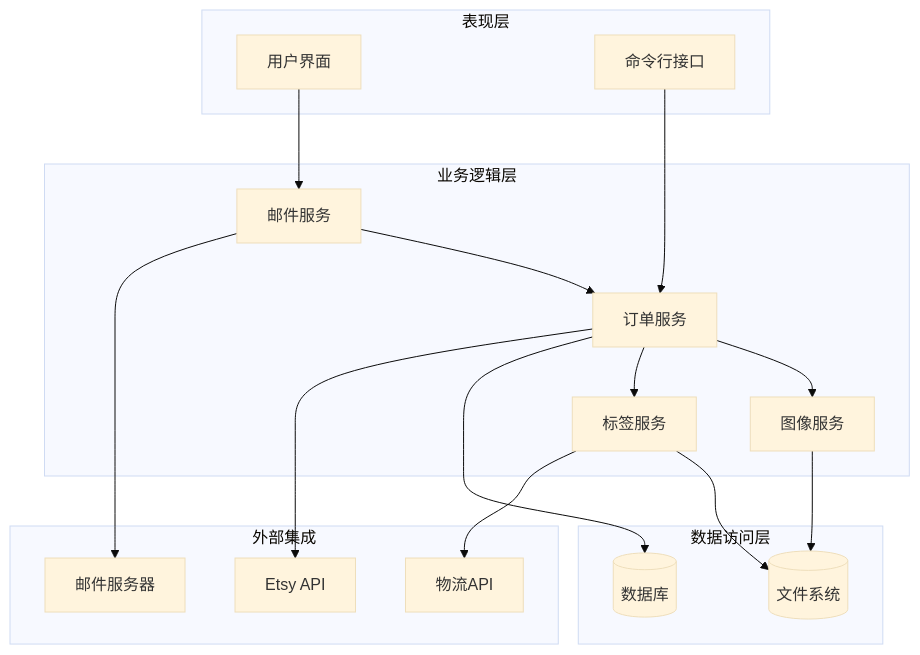
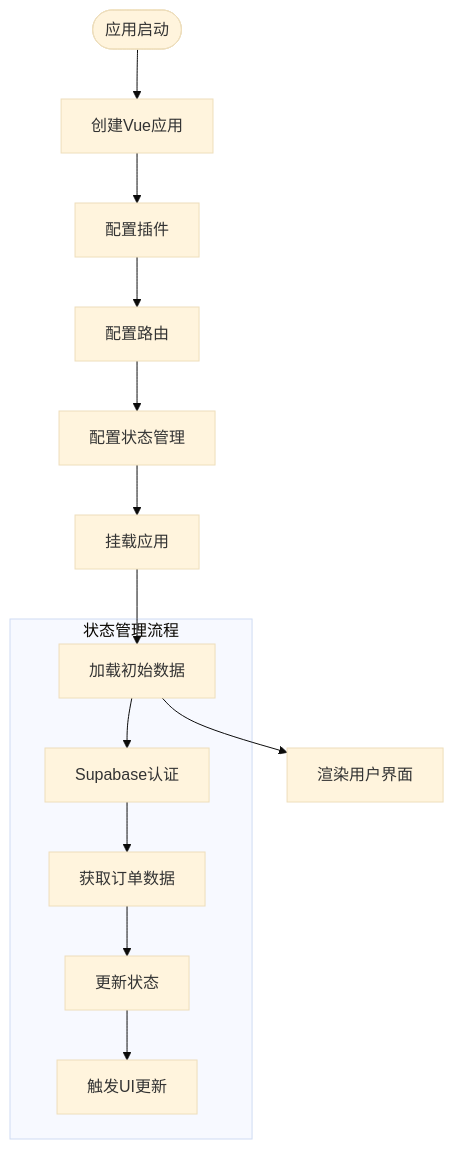
The fourth of 13 diagrams in .qoder/repowiki/zh/content/项目概述.md (SY6621/POD-Order-Management), drawn with Mermaid (base theme) before and after one commit. The commit also changed other lines of this file and 98 other files, not shown here.

````diff
--- a/.qoder/repowiki/zh/content/项目概述.md
+++ b/.qoder/repowiki/zh/content/项目概述.md
@@ -172,33 +208,16 @@
 ```mermaid
-graph TB
-subgraph "表现层"
-UI[用户界面]
-CLI[命令行接口]
+flowchart TD
+Start([应用启动]) --> CreateApp[创建Vue应用]
+CreateApp --> SetupPlugins[配置插件]
+SetupPlugins --> SetupRouter[配置路由]
+SetupRouter --> SetupStore[配置状态管理]
+SetupStore --> MountApp[挂载应用]
+MountApp --> LoadData[加载初始数据]
+LoadData --> RenderUI[渲染用户界面]
+subgraph "状态管理流程"
+LoadData --> SupabaseAuth[Supabase认证]
+SupabaseAuth --> FetchOrders[获取订单数据]
+FetchOrders --> UpdateStore[更新状态]
+UpdateStore --> TriggerRender[触发UI更新]
 end
-subgraph "业务逻辑层"
-EmailService[邮件服务]
-OrderService[订单服务]
-ImageService[图像服务]
-LabelService[标签服务]
-end
-subgraph "数据访问层"
-Database[(数据库)]
-FileSystem[(文件系统)]
-end
-subgraph "外部集成"
-EmailServer[邮件服务器]
-EtsyAPI[Etsy API]
-ShippingAPI[物流API]
-end
-UI --> EmailService
-CLI --> OrderService
-EmailService --> OrderService
-OrderService --> ImageService
-OrderService --> LabelService
-ImageService --> FileSystem
-LabelService --> FileSystem
-OrderService --> Database
-EmailService --> EmailServer
-OrderService --> EtsyAPI
-LabelService --> ShippingAPI
 ```
````
